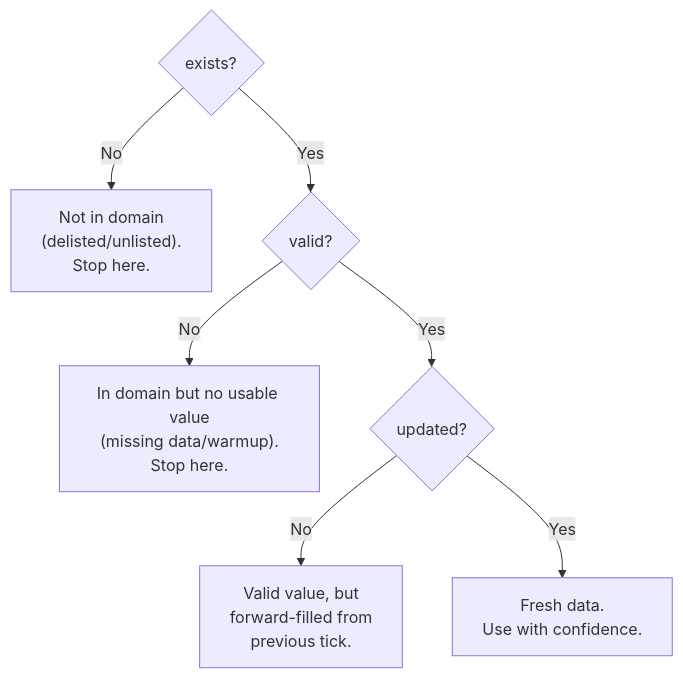
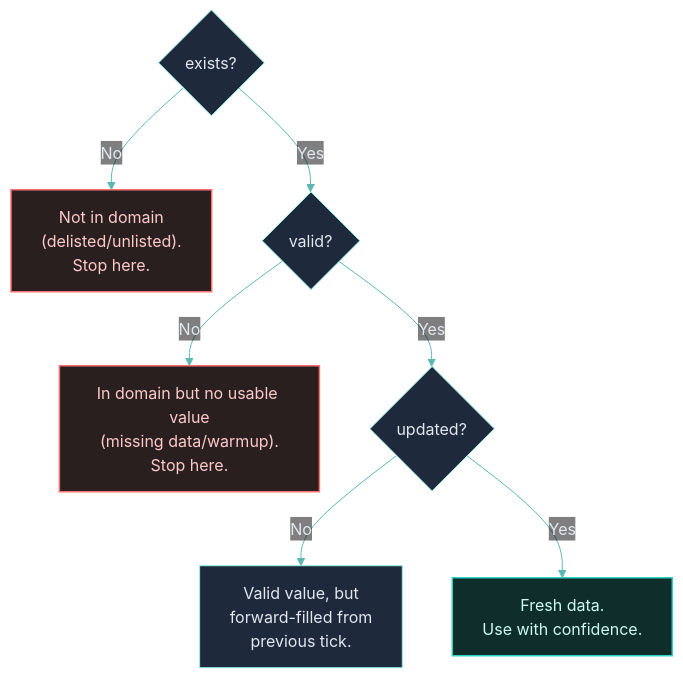
The diagram in engine/tagged-array.mdx (Clypt/docs), drawn with Mermaid before and after one commit. The commit also changed other lines of this file and 73 other files, not shown here.

````diff
--- a/engine/tagged-array.mdx
+++ b/engine/tagged-array.mdx
@@ -48,9 +48,16 @@
 ```mermaid
+%%{init: {'theme': 'base', 'themeVariables': { 'primaryColor': '#1e293b', 'primaryTextColor': '#e2e8f0', 'primaryBorderColor': '#94F1E8', 'lineColor': '#5bb8b0', 'clusterBkg': '#0f172a', 'clusterBorder': '#1e3a3a', 'titleColor': '#94F1E8', 'edgeLabelBackground': 'transparent' }}}%%
 flowchart TB
+    classDef warn fill:#2a1f1f,stroke:#f87171,stroke-width:1.5px,color:#fecaca
+    classDef success fill:#0f2d2b,stroke:#2dd4bf,stroke-width:1.5px,color:#ccfbf1
+
     A{"exists?"} -- No --> B["Not in domain<br>(delisted/unlisted).<br>Stop here."]
     A -- Yes --> C{"valid?"}
     C -- No --> D["In domain but no usable value<br>(missing data/warmup).<br>Stop here."]
     C -- Yes --> E{"updated?"}
     E -- No --> F["Valid value, but<br>forward-filled from<br>previous tick."]
     E -- Yes --> G["Fresh data.<br>Use with confidence."]
+
+    class B,D warn
+    class G success
 ```
````
